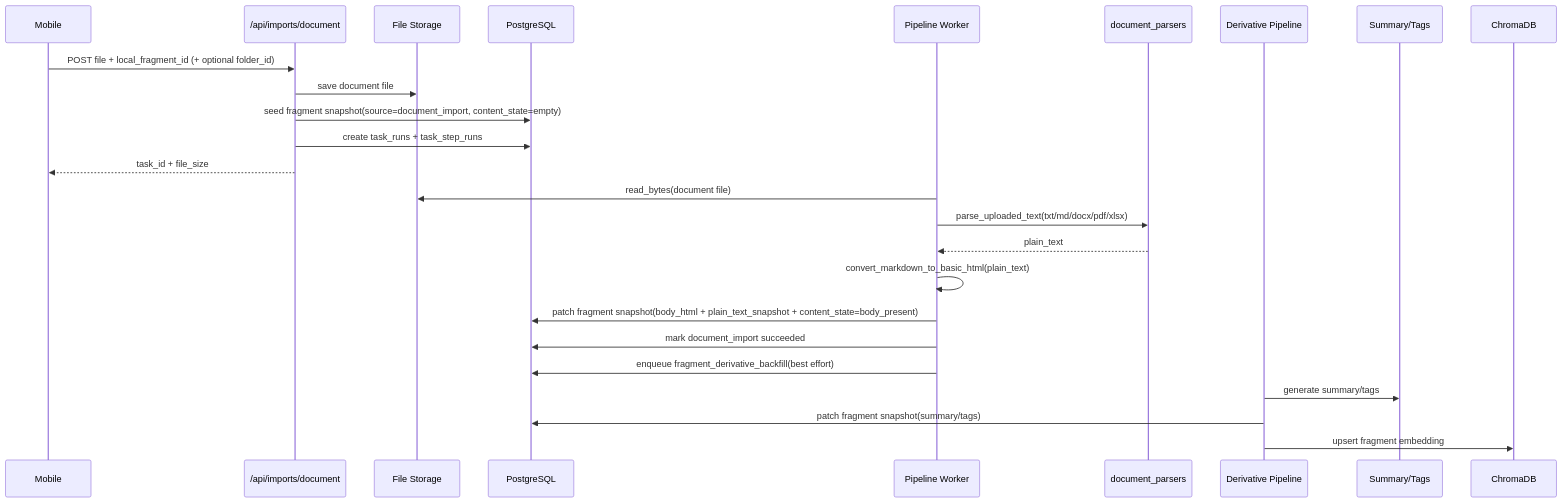
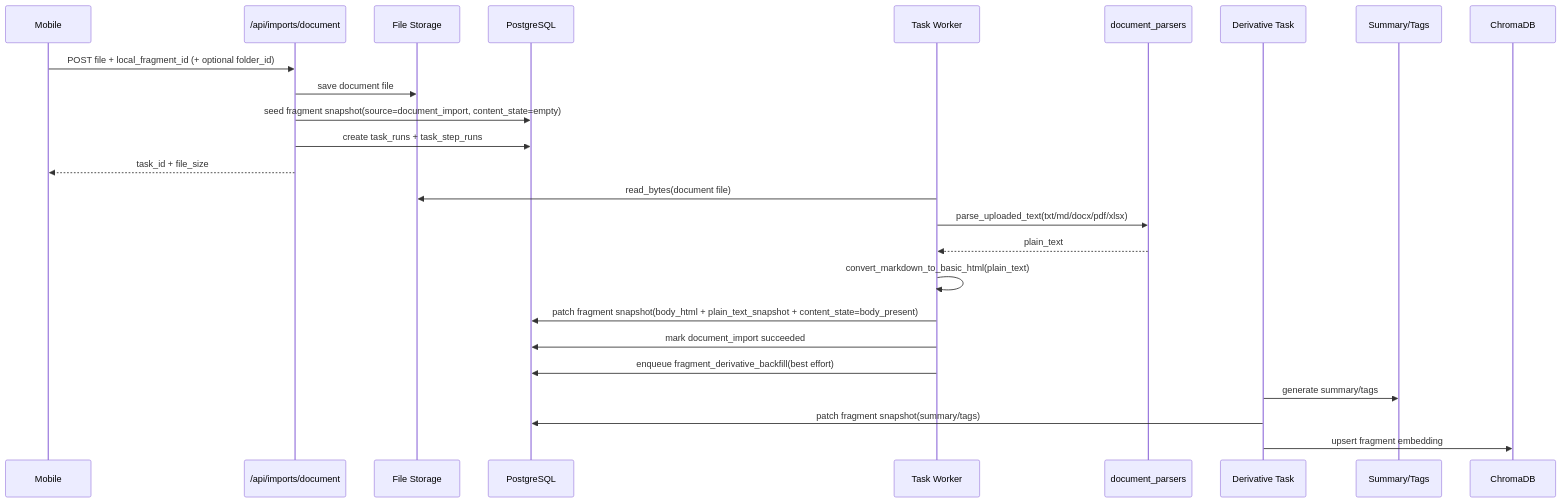
One commit to YCZA2/SparkFlow changed the sixth of 10 diagrams in memory-bank/architecture.md. Above: the diagram before and after it, drawn with Mermaid. The commit also changed other lines of this file and 29 other files, not shown here.

````diff
--- a/memory-bank/architecture.md
+++ b/memory-bank/architecture.md
@@ -474,28 +474,28 @@
 ```mermaid
 sequenceDiagram
     participant App as Mobile
     participant API as /api/imports/document
     participant FS as File Storage
     participant DB as PostgreSQL
-    participant PIPE as Pipeline Worker
+    participant TASK as Task Worker
     participant PARSER as document_parsers
-    participant DERIV as Derivative Pipeline
+    participant DERIV as Derivative Task
     participant LLM as Summary/Tags
     participant VDB as ChromaDB
 
     App->>API: POST file + local_fragment_id (+ optional folder_id)
     API->>FS: save document file
     API->>DB: seed fragment snapshot(source=document_import, content_state=empty)
     API->>DB: create task_runs + task_step_runs
     API-->>App: task_id + file_size
-    PIPE->>FS: read_bytes(document file)
-    PIPE->>PARSER: parse_uploaded_text(txt/md/docx/pdf/xlsx)
-    PARSER-->>PIPE: plain_text
-    PIPE->>PIPE: convert_markdown_to_basic_html(plain_text)
-    PIPE->>DB: patch fragment snapshot(body_html + plain_text_snapshot + content_state=body_present)
-    PIPE->>DB: mark document_import succeeded
-    PIPE->>DB: enqueue fragment_derivative_backfill(best effort)
+    TASK->>FS: read_bytes(document file)
+    TASK->>PARSER: parse_uploaded_text(txt/md/docx/pdf/xlsx)
+    PARSER-->>TASK: plain_text
+    TASK->>TASK: convert_markdown_to_basic_html(plain_text)
+    TASK->>DB: patch fragment snapshot(body_html + plain_text_snapshot + content_state=body_present)
+    TASK->>DB: mark document_import succeeded
+    TASK->>DB: enqueue fragment_derivative_backfill(best effort)
     DERIV->>LLM: generate summary/tags
     DERIV->>DB: patch fragment snapshot(summary/tags)
     DERIV->>VDB: upsert fragment embedding
 ```
````
